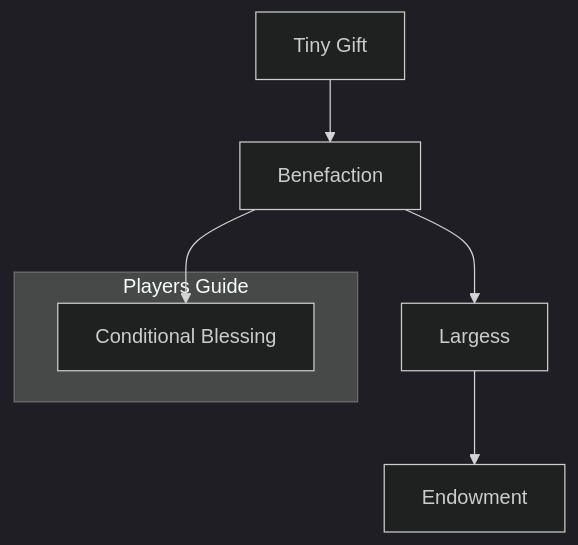
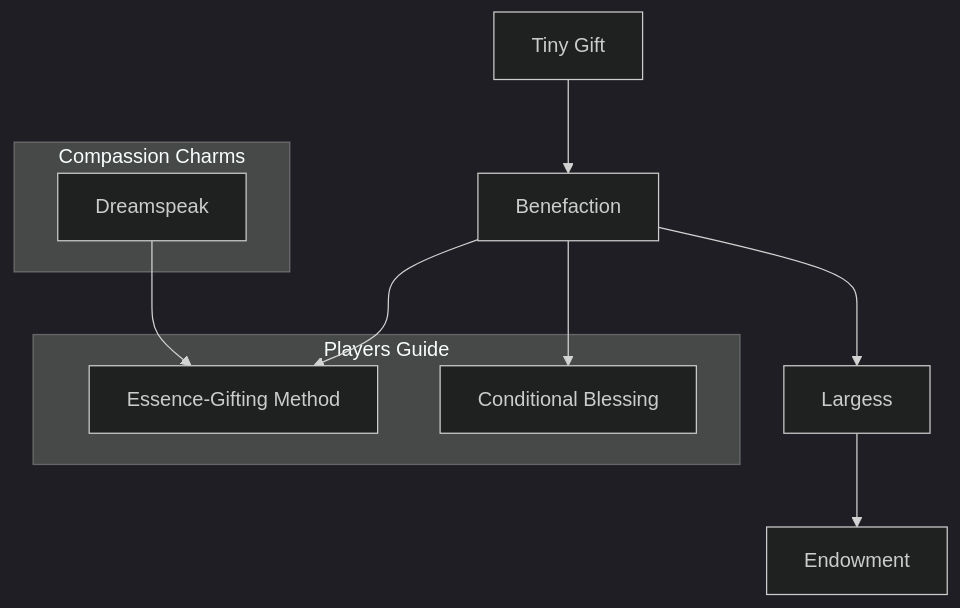
The diagram in docs/mermaid/spirits/compassion_blessings.mmd (jrobichaud/exalted-charms-1e), drawn with Mermaid before and after one commit. The commit also changed 2 other files, not shown here.

Commit message:
add human empowerment charms

```diff
--- a/docs/mermaid/spirits/compassion_blessings.mmd
+++ b/docs/mermaid/spirits/compassion_blessings.mmd
@@ -130,6 +130,10 @@
         duration.<br>
         "
 
+    subgraph Compassion Charms
+        dreamspeak[Dreamspeak]
+    end
+
     subgraph Players Guide
         conditional_blessing[Conditional Blessing]
         click conditional_blessing callback "
@@ -175,6 +179,44 @@
             perceiving Essence at work can see the mark of an extant
             Conditional Blessing/Curse.
             "
+
+        essence_gifting_method[Essence-Gifting Method]
+        click essence_gifting_method callback "
+            Essence-Gifting Method<br>
+            <br>
+            Cost: 1 mote per mote granted, plus 1 mote committed per 4 motes granted<br>
+            Duration: Until released<br>
+            Type: Simple<br>
+            Minimum Compassion: 3<br>
+            Minimum Essence: 2<br>
+            Prerequisite Charms: Benefaction, Dreamspeak<br>
+            <br>
+            Spirits sometimes use this Charm to aid their mortal
+            servants, granting them some measure of power to wield on
+            their behalf. To use the Charm, the spirit normally marks
+            the mortal in some fashion — this may be as simple as a
+            pendant or pin proclaiming the mortal is aligned with the
+            spirit, or it may be as elaborate as whole-body tattoos, ritual
+            scarification or a stain on the mortal's soul. After doing
+            this, the spirit can channel Essence to the mortal through
+            this Charm. The spirit can channel up to twice the
+            mortal's Willpower + permanent Essence in motes to the
+            mortal, paying 1 mote for each mote transferred and
+            committing 1 additional mote per 4 motes granted. These
+            motes are committed until the spirit chooses to drop the
+            Charm, at which point, the mortal loses all Essence granted.
+            Motes granted in this fashion do not regenerate normally
+            — in order to gain more power, the mortal must once again
+            be granted motes by the spirit. Motes gained in this fashion
+            may be used in any way mortals may normally spend
+            Essence, including committing them to attune to artifacts,
+            if the mortal has the right Merits. Artifacts attuned in this
+            fashion function for one week before becoming de-attuned
+            — the motes committed do not regenerate normally, and
+            so, eventually, their power fades.
+            "
     end
 
     benefaction --> conditional_blessing
+    benefaction --> essence_gifting_method
+    dreamspeak --> essence_gifting_method
```
